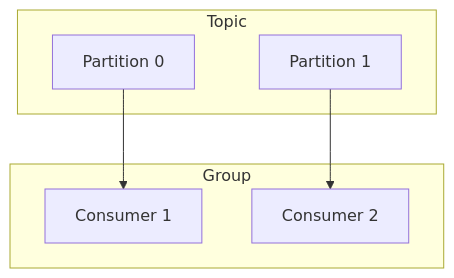
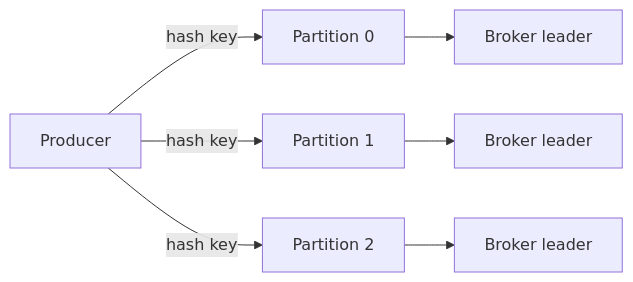
The sixth of 24 diagrams in 06-messaging-and-events/README.md (hareramcse/SystemDesign), drawn with Mermaid before and after one commit. The commit also changed other lines of this file and 14 other files, not shown here.

````diff
--- a/06-messaging-and-events/README.md
+++ b/06-messaging-and-events/README.md
@@ -1381,13 +707,9 @@
 ```mermaid
-flowchart TB
-    subgraph Topic
-        P0[Partition 0]
-        P1[Partition 1]
-    end
-    subgraph Group
-        C1[Consumer 1]
-        C2[Consumer 2]
-    end
-    P0 --> C1
-    P1 --> C2
+flowchart LR
+    P[Producer] -->|hash key| P0[Partition 0]
+    P -->|hash key| P1[Partition 1]
+    P -->|hash key| P2[Partition 2]
+    P0 --> B1[Broker leader]
+    P1 --> B2[Broker leader]
+    P2 --> B3[Broker leader]
 ```
````
